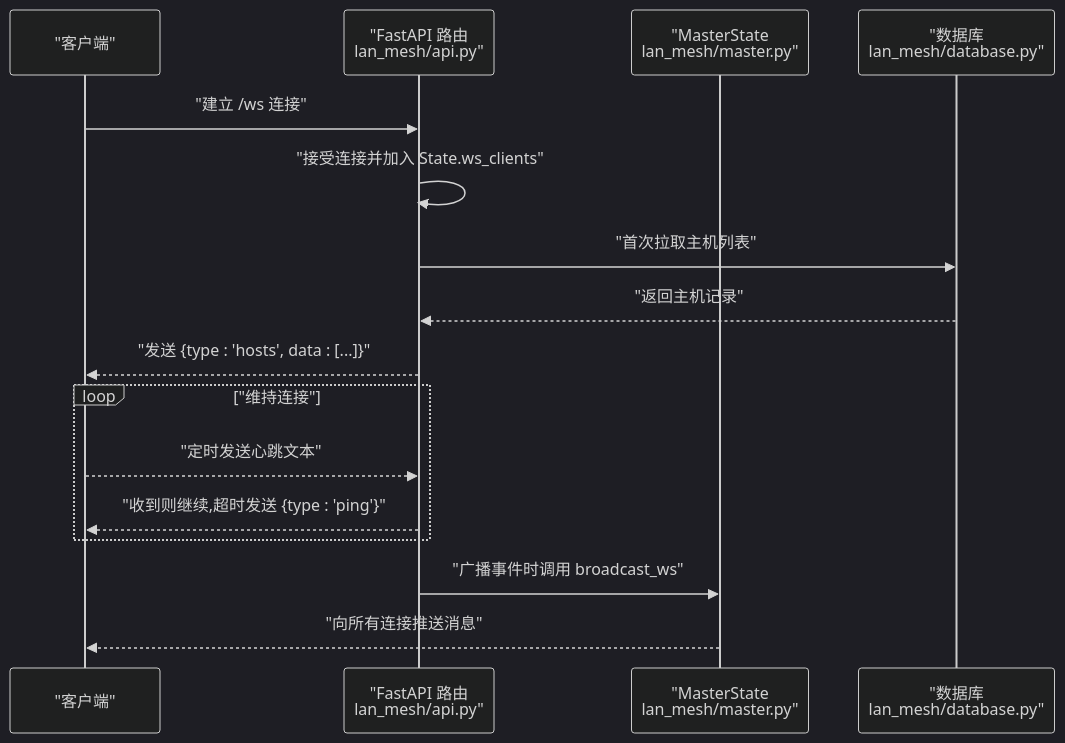
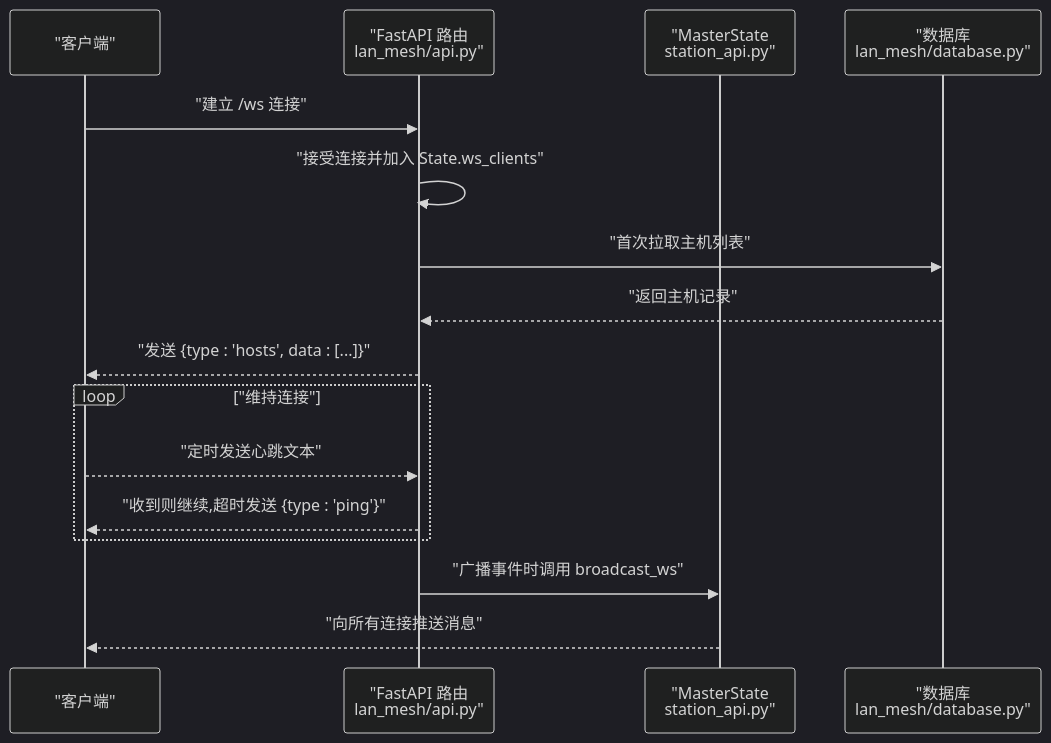
Before and after one commit to targalian/Personal-distributed-workstation: the second of 6 diagrams in .qoder/repowiki/zh/content/Web API 接口/WebSocket 实时通信.md, drawn with Mermaid (dark theme). The commit also changed other lines of this file and 63 other files, not shown here.

Commit message:
docs(station): 同步 repo wiki 至 station_controller/station_api 架构

````diff
--- a/.qoder/repowiki/zh/content/Web API 接口/WebSocket 实时通信.md
+++ b/.qoder/repowiki/zh/content/Web API 接口/WebSocket 实时通信.md
@@ -93,18 +93,18 @@
 ```mermaid
 sequenceDiagram
 participant Client as "客户端"
 participant API as "FastAPI 路由<br/>lan_mesh/api.py"
-participant State as "MasterState<br/>lan_mesh/master.py"
+participant State as "MasterState<br/>station_api.py"
 participant DB as "数据库<br/>lan_mesh/database.py"
 Client->>API : "建立 /ws 连接"
 API->>API : "接受连接并加入 State.ws_clients"
 API->>DB : "首次拉取主机列表"
 DB-->>API : "返回主机记录"
 API-->>Client : "发送 {type : 'hosts', data : [...]}"
 loop "维持连接"
 Client-->>API : "定时发送心跳文本"
 API-->>Client : "收到则继续,超时发送 {type : 'ping'}"
 end
 API->>State : "广播事件时调用 broadcast_ws"
 State-->>Client : "向所有连接推送消息"
 ```
````
